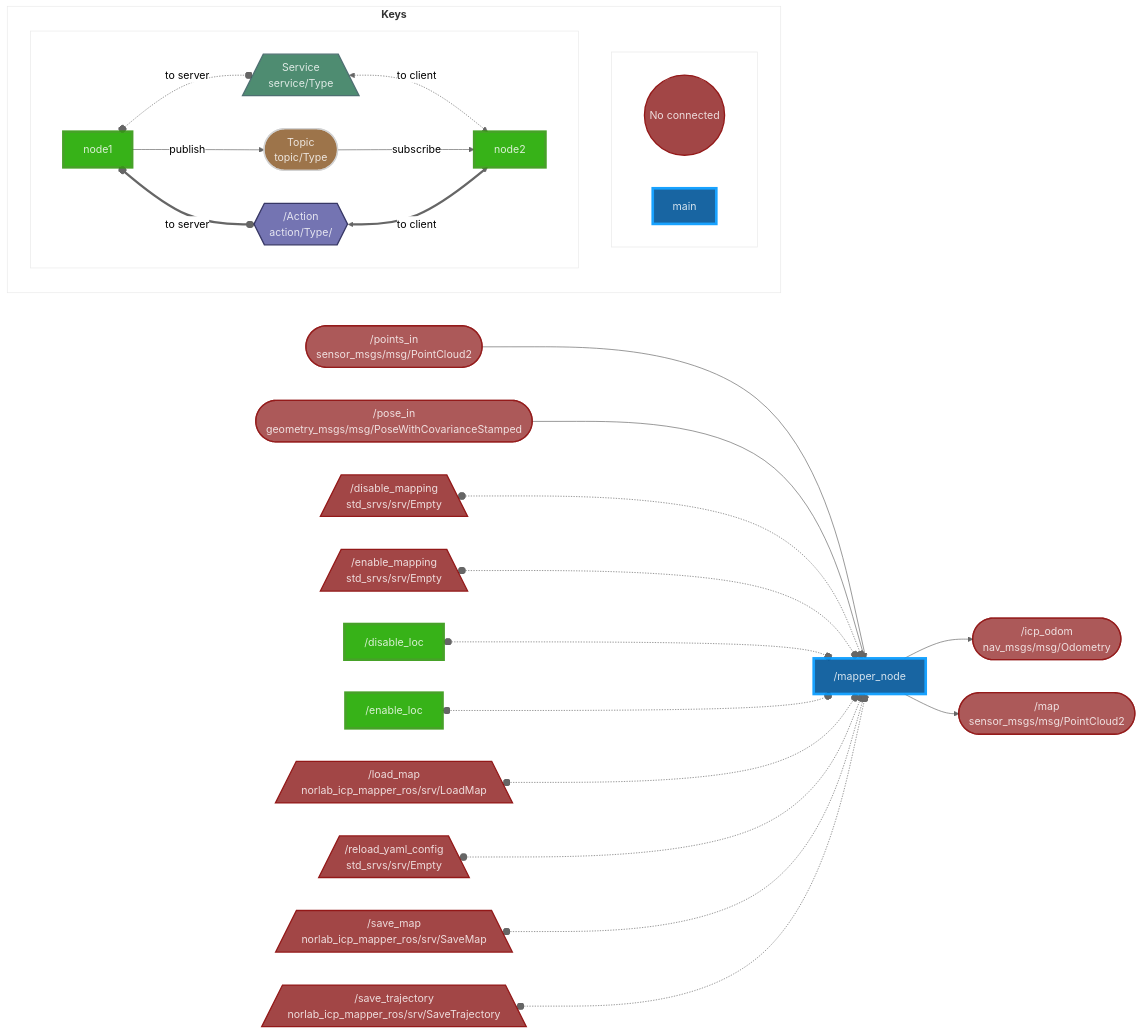
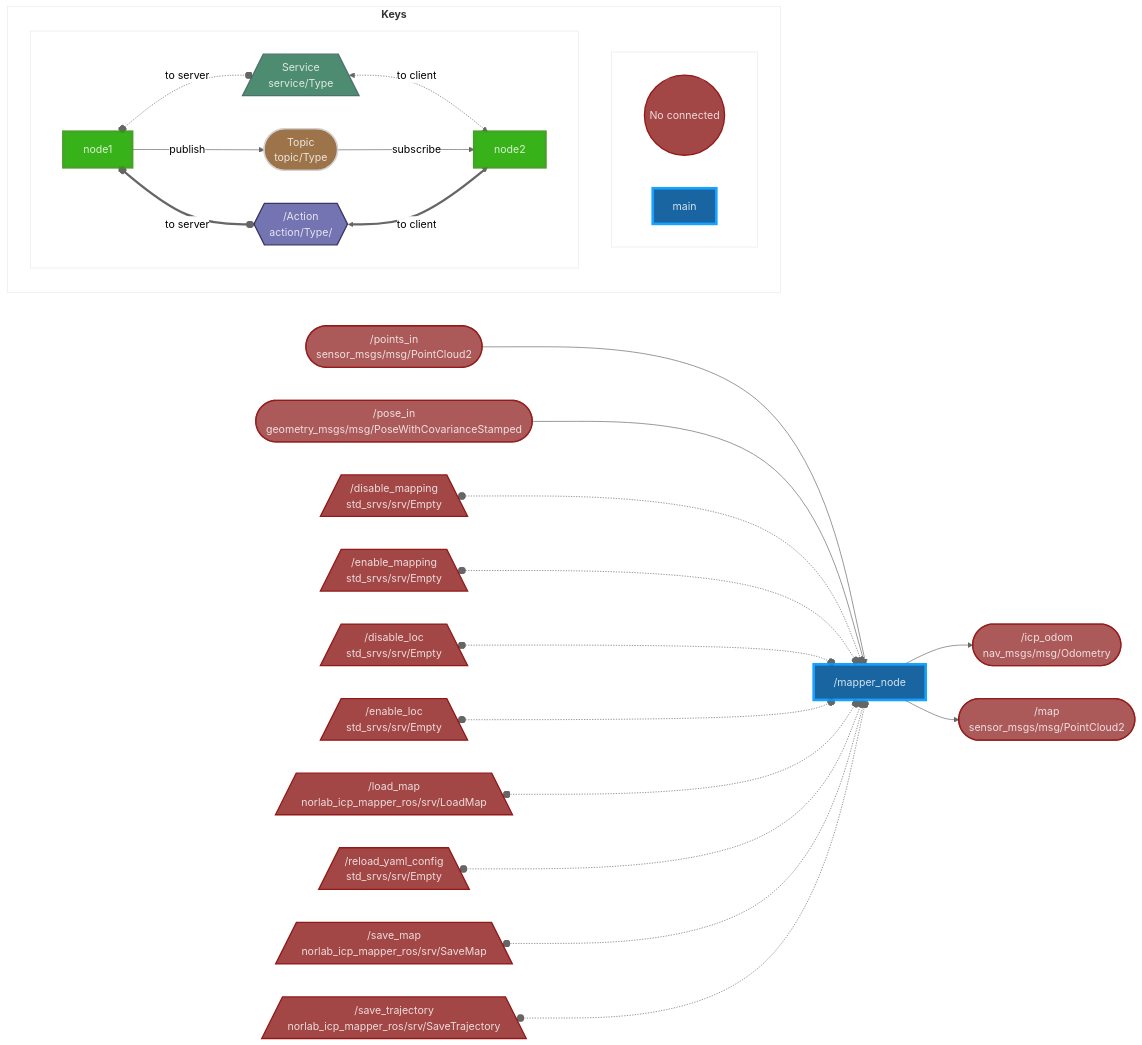
The diagram in README.md (norlab-ulaval/norlab_icp_mapper_ros), drawn with Mermaid (neutral theme) before and after one commit.

Commit message:
Corrections to the README

````diff
--- a/README.md
+++ b/README.md
@@ -48,58 +48,60 @@
 ```mermaid
 flowchart LR
 
 /mapper_node[ /mapper_node ]:::main
 
 /points_in([ /points_in<br>sensor_msgs/msg/PointCloud2 ]):::bugged
 /pose_in([ /pose_in<br>geometry_msgs/msg/PoseWithCovarianceStamped ]):::bugged
 /icp_odom([ /icp_odom<br>nav_msgs/msg/Odometry ]):::bugged
 /map([ /map<br>sensor_msgs/msg/PointCloud2 ]):::bugged
 /disable_mapping[/ /disable_mapping<br>std_srvs/srv/Empty \]:::bugged
 /enable_mapping[/ /enable_mapping<br>std_srvs/srv/Empty \]:::bugged
+/disable_loc[/ /disable_loc<br>std_srvs/srv/Empty \]:::bugged
+/enable_loc[/ /enable_loc<br>std_srvs/srv/Empty \]:::bugged
 /load_map[/ /load_map<br>norlab_icp_mapper_ros/srv/LoadMap \]:::bugged
 /reload_yaml_config[/ /reload_yaml_config<br>std_srvs/srv/Empty \]:::bugged
 /save_map[/ /save_map<br>norlab_icp_mapper_ros/srv/SaveMap \]:::bugged
 /save_trajectory[/ /save_trajectory<br>norlab_icp_mapper_ros/srv/SaveTrajectory \]:::bugged
 
 /points_in --> /mapper_node
 /pose_in --> /mapper_node
 /mapper_node --> /icp_odom
 /mapper_node --> /map
 /disable_mapping o-.-o /mapper_node
 /enable_mapping o-.-o /mapper_node
 /disable_loc o-.-o /mapper_node
 /enable_loc o-.-o /mapper_node
 /load_map o-.-o /mapper_node
 /reload_yaml_config o-.-o /mapper_node
 /save_map o-.-o /mapper_node
 /save_trajectory o-.-o /mapper_node
 
 
 
 subgraph keys[<b>Keys<b/>]
 subgraph nodes[<b><b/>]
 topicb((No connected)):::bugged
 main_node[main]:::main
 end
 subgraph connection[<b><b/>]
 node1[node1]:::node
 node2[node2]:::node
 node1 o-.-o|to server| service[/Service<br>service/Type\]:::service
 service <-.->|to client| node2
 node1 -->|publish| topic([Topic<br>topic/Type]):::topic
 topic -->|subscribe| node2
 node1 o==o|to server| action{{/Action<br>action/Type/}}:::action
 action <==>|to client| node2
 end
 end
 classDef node opacity:0.9,fill:#2A0,stroke:#391,stroke-width:4px,color:#fff
 classDef action opacity:0.9,fill:#66A,stroke:#225,stroke-width:2px,color:#fff
 classDef service opacity:0.9,fill:#3B8062,stroke:#3B6062,stroke-width:2px,color:#fff
 classDef topic opacity:0.9,fill:#852,stroke:#CCC,stroke-width:2px,color:#fff
 classDef main opacity:0.9,fill:#059,stroke:#09F,stroke-width:4px,color:#fff
 classDef bugged opacity:0.9,fill:#933,stroke:#800,stroke-width:2px,color:#fff
 style keys opacity:0.15,fill:#FFF
 style nodes opacity:0.15,fill:#FFF
 style connection opacity:0.15,fill:#FFF
 
 ```
````
